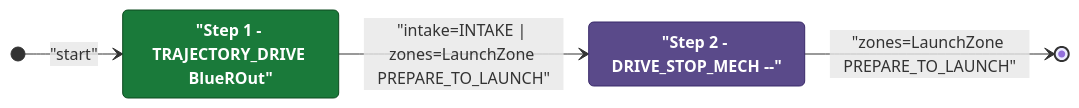
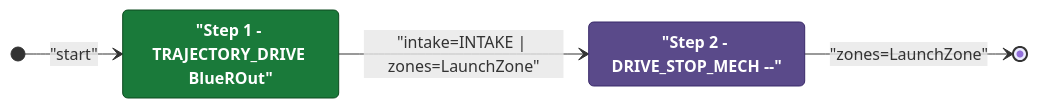
One commit to Team302/2026Rebuilt changed the diagram in documents/auton/BlueTOutLaunch0NDepOutScoreNCli.md. Above: the diagram before and after it, drawn with Mermaid. The commit also changed other lines of this file and 131 other files, not shown here.

First line of the commit message:
docs(auton): regenerate Mermaid diagrams [skip ci]

````diff
--- a/documents/auton/BlueTOutLaunch0NDepOutScoreNCli.md
+++ b/documents/auton/BlueTOutLaunch0NDepOutScoreNCli.md
@@ -8,18 +8,18 @@
 ```mermaid
 stateDiagram-v2
     direction LR
 
     %% Green = intake active, Purple = intake off
     classDef intake  fill:#1a7a3a,color:#ffffff,stroke:#0d4a1f,font-weight:bold
     classDef noIntake fill:#5a4a8a,color:#ffffff,stroke:#3a2a6a,font-weight:bold
 
     Step1 : "Step 1 - TRAJECTORY_DRIVE BlueROut"
     Step2 : "Step 2 - DRIVE_STOP_MECH --"
 
     class Step1 intake
     class Step2 noIntake
 
     [*] --> Step1 : "start"
-    Step1 --> Step2: "intake=INTAKE | zones=LaunchZone PREPARE_TO_LAUNCH"
-    Step2 --> [*]: "zones=LaunchZone PREPARE_TO_LAUNCH"
+    Step1 --> Step2: "intake=INTAKE | zones=LaunchZone"
+    Step2 --> [*]: "zones=LaunchZone"
 ```
````
